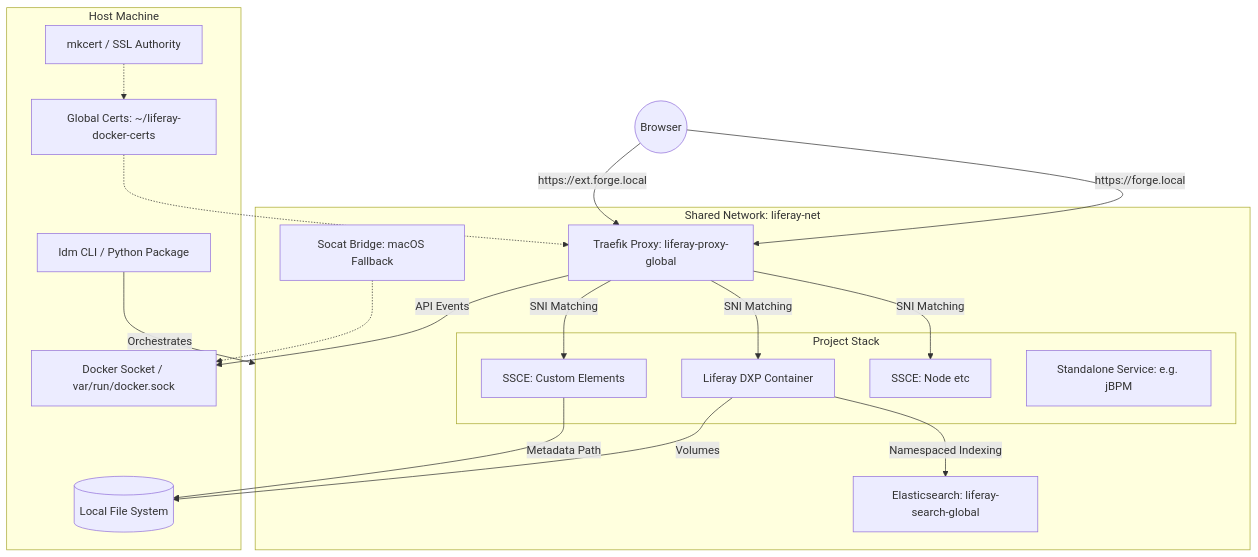
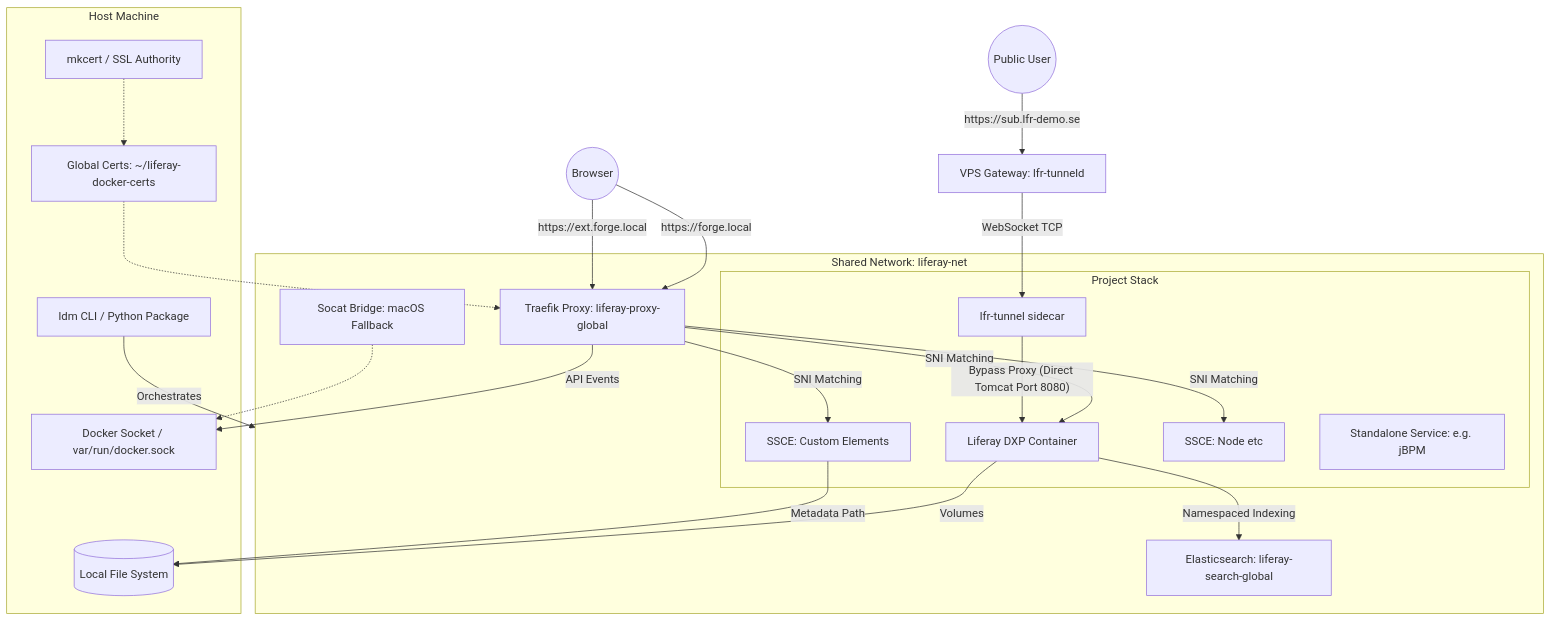
The first of 4 diagrams in docs/LDM_ARCHITECTURE.md (peterrichards-lr/liferay-docker-manager), drawn with Mermaid before and after one commit. The commit also changed 8 other files, not shown here.

Commit message:
feat(share): integrate containerized lfr-tunnel sidecar directly into docker-compose

````diff
--- a/docs/LDM_ARCHITECTURE.md
+++ b/docs/LDM_ARCHITECTURE.md
@@ -9,45 +9,51 @@
 ```mermaid
 graph TD
     subgraph Host_Machine [Host Machine]
         CLI[ldm CLI / Python Package]
         FS[(Local File System)]
         Socket[Docker Socket / var/run/docker.sock]
         Cert_Dir[Global Certs: ~/liferay-docker-certs]
         Cert[mkcert / SSL Authority]
     end
 
     subgraph Docker_Network [Shared Network: liferay-net]
         Proxy[Traefik Proxy: liferay-proxy-global]
         Socat[Socat Bridge: macOS Fallback]
         Search[Elasticsearch: liferay-search-global]
 
         subgraph Project_Stack [Project Stack]
             DXP[Liferay DXP Container]
             SSCE1[SSCE: Custom Elements]
             SSCE2[SSCE: Node etc]
             SERVICE[Standalone Service: e.g. jBPM]
+            Tunnel[lfr-tunnel sidecar]
         end
     end
 
     %% Traffic Flow
     User((Browser)) -- "https://forge.local" --> Proxy
     User -- "https://ext.forge.local" --> Proxy
 
     Proxy -- "SNI Matching" --> DXP
     Proxy -- "SNI Matching" --> SSCE1
     Proxy -- "SNI Matching" --> SSCE2
+
+    %% Public Tunnel Routing
+    PublicUser((Public User)) -- "https://sub.lfr-demo.se" --> VPSGateway[VPS Gateway: lfr-tunneld]
+    VPSGateway -- "WebSocket TCP" --> Tunnel
+    Tunnel -- "Bypass Proxy (Direct Tomcat Port 8080)" --> DXP
 
     %% Communication
     DXP -- "Namespaced Indexing" --> Search
     Proxy -- "API Events" --> Socket
     Socat -.-> Socket
 
     %% Persistence
     DXP -- "Volumes" --> FS
     SSCE1 -- "Metadata Path" --> FS
 
     %% Config
     Cert_Dir -.-> Proxy
     Cert -.-> Cert_Dir
     CLI -- "Orchestrates" --> Docker_Network
 ```
````
